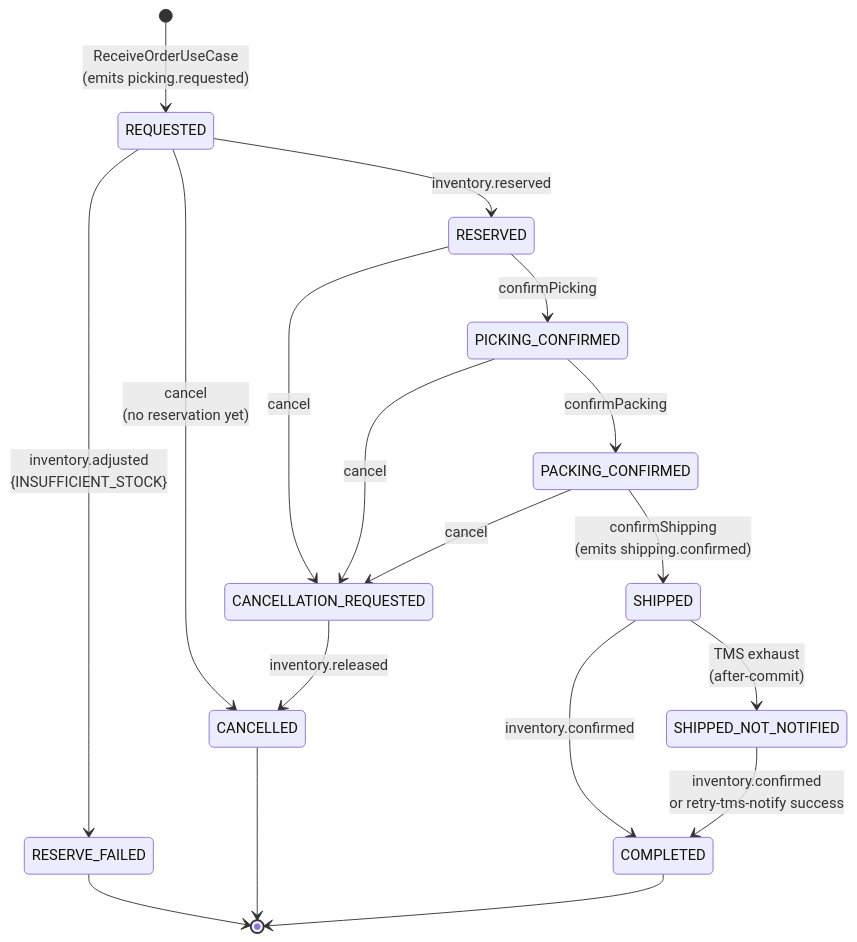
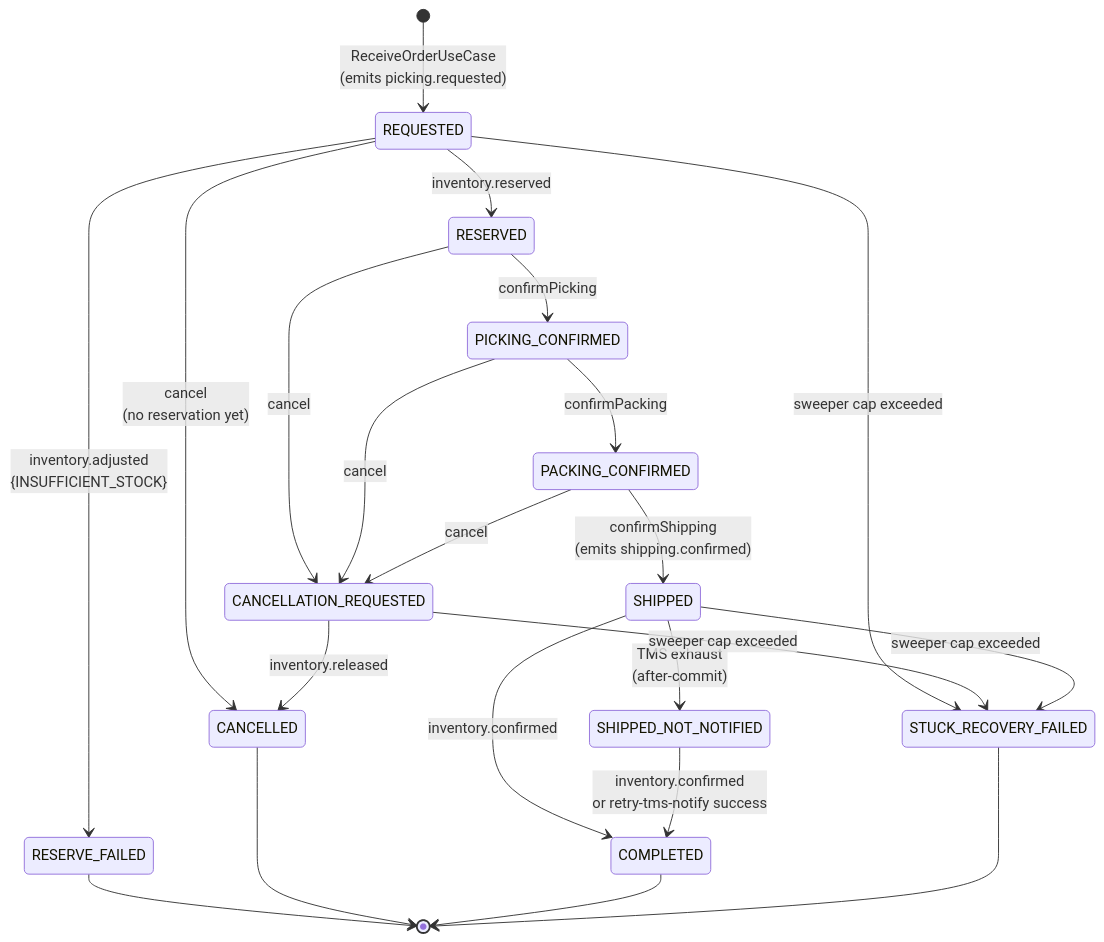
One commit to kanggle/monorepo-lab changed the diagram in projects/wms-platform/specs/services/outbound-service/state-machines/saga-status.md. Above: the diagram before and after it, drawn with Mermaid. The commit also changed other lines of this file and 7 other files, not shown here.

````diff
--- a/projects/wms-platform/specs/services/outbound-service/state-machines/saga-status.md
+++ b/projects/wms-platform/specs/services/outbound-service/state-machines/saga-status.md
@@ -114,20 +125,24 @@
 ```mermaid
 stateDiagram-v2
     [*] --> REQUESTED : ReceiveOrderUseCase<br/>(emits picking.requested)
     REQUESTED --> RESERVED : inventory.reserved
     REQUESTED --> RESERVE_FAILED : inventory.adjusted<br/>{INSUFFICIENT_STOCK}
     REQUESTED --> CANCELLED : cancel<br/>(no reservation yet)
     RESERVED --> PICKING_CONFIRMED : confirmPicking
     RESERVED --> CANCELLATION_REQUESTED : cancel
     PICKING_CONFIRMED --> PACKING_CONFIRMED : confirmPacking
     PICKING_CONFIRMED --> CANCELLATION_REQUESTED : cancel
     PACKING_CONFIRMED --> SHIPPED : confirmShipping<br/>(emits shipping.confirmed)
     PACKING_CONFIRMED --> CANCELLATION_REQUESTED : cancel
     SHIPPED --> COMPLETED : inventory.confirmed
     SHIPPED --> SHIPPED_NOT_NOTIFIED : TMS exhaust<br/>(after-commit)
     SHIPPED_NOT_NOTIFIED --> COMPLETED : inventory.confirmed<br/>or retry-tms-notify success
     CANCELLATION_REQUESTED --> CANCELLED : inventory.released
+    REQUESTED --> STUCK_RECOVERY_FAILED : sweeper cap exceeded
+    CANCELLATION_REQUESTED --> STUCK_RECOVERY_FAILED : sweeper cap exceeded
+    SHIPPED --> STUCK_RECOVERY_FAILED : sweeper cap exceeded
     RESERVE_FAILED --> [*]
     CANCELLED --> [*]
     COMPLETED --> [*]
+    STUCK_RECOVERY_FAILED --> [*]
 ```
````
